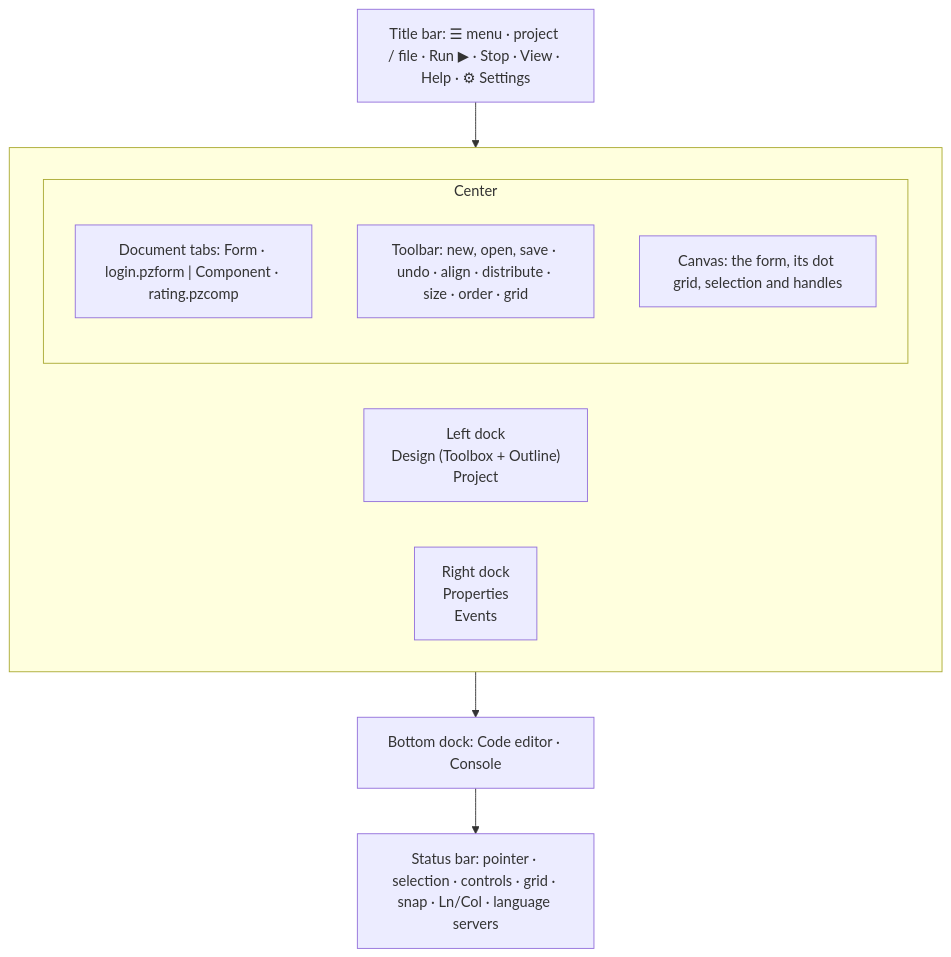
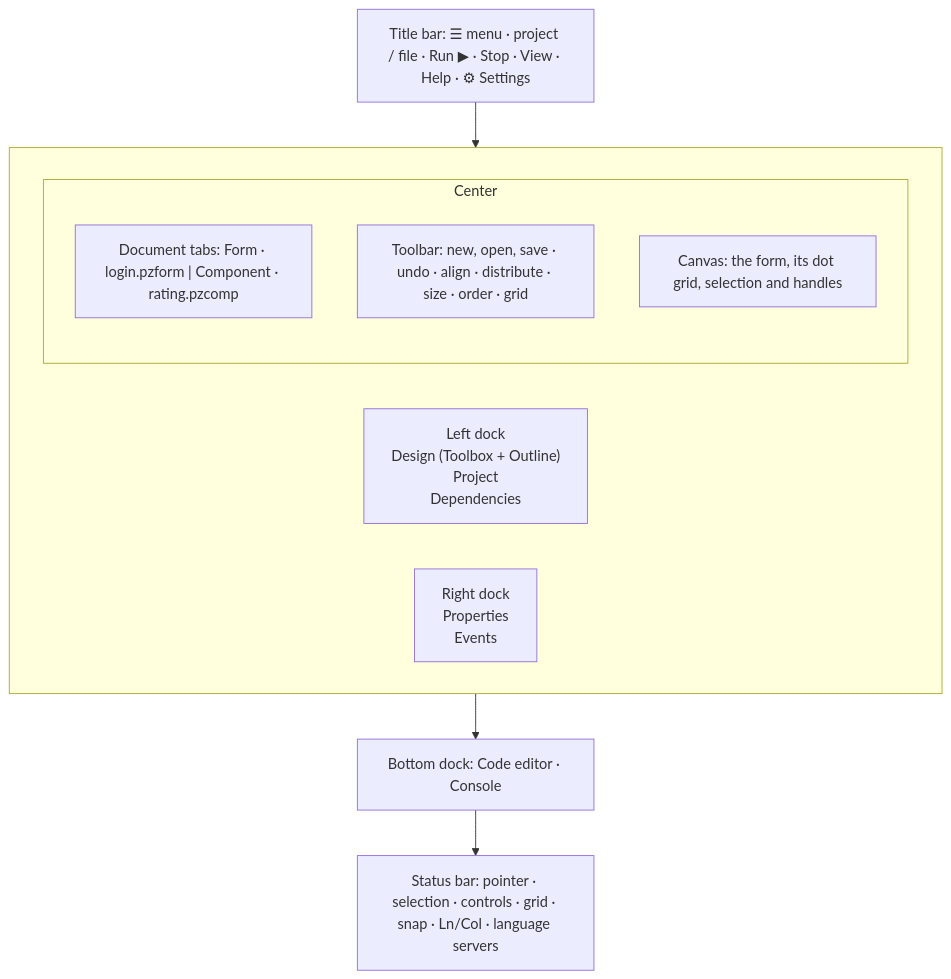
Before and after one commit to albakore/pyzed: the first of 2 diagrams in docs/src/content/docs/editor/index.md, drawn with Mermaid. The commit also changed other lines of this file and 21 other files, not shown here.

Commit message:
✨ Show the project's files in Pyzed Design, with file search, a Dependencies tab and a folder browser

````diff
--- a/docs/src/content/docs/editor/index.md
+++ b/docs/src/content/docs/editor/index.md
@@ -38,18 +38,18 @@
 ```mermaid
 flowchart TB
     T["Title bar: ☰ menu · project / file · Run ▶ · Stop · View · Help · ⚙ Settings"]
     subgraph W[" "]
         direction LR
-        L["Left dock<br/>Design (Toolbox + Outline)<br/>Project"]
+        L["Left dock<br/>Design (Toolbox + Outline)<br/>Project<br/>Dependencies"]
         subgraph C["Center"]
             direction TB
             D["Document tabs: Form · login.pzform | Component · rating.pzcomp"]
             TB["Toolbar: new, open, save · undo · align · distribute · size · order · grid"]
             F["Canvas: the form, its dot grid, selection and handles"]
         end
         R["Right dock<br/>Properties<br/>Events"]
     end
     B["Bottom dock: Code editor · Console"]
     S["Status bar: pointer · selection · controls · grid · snap · Ln/Col · language servers"]
     T --> W --> B --> S
 ```
````
